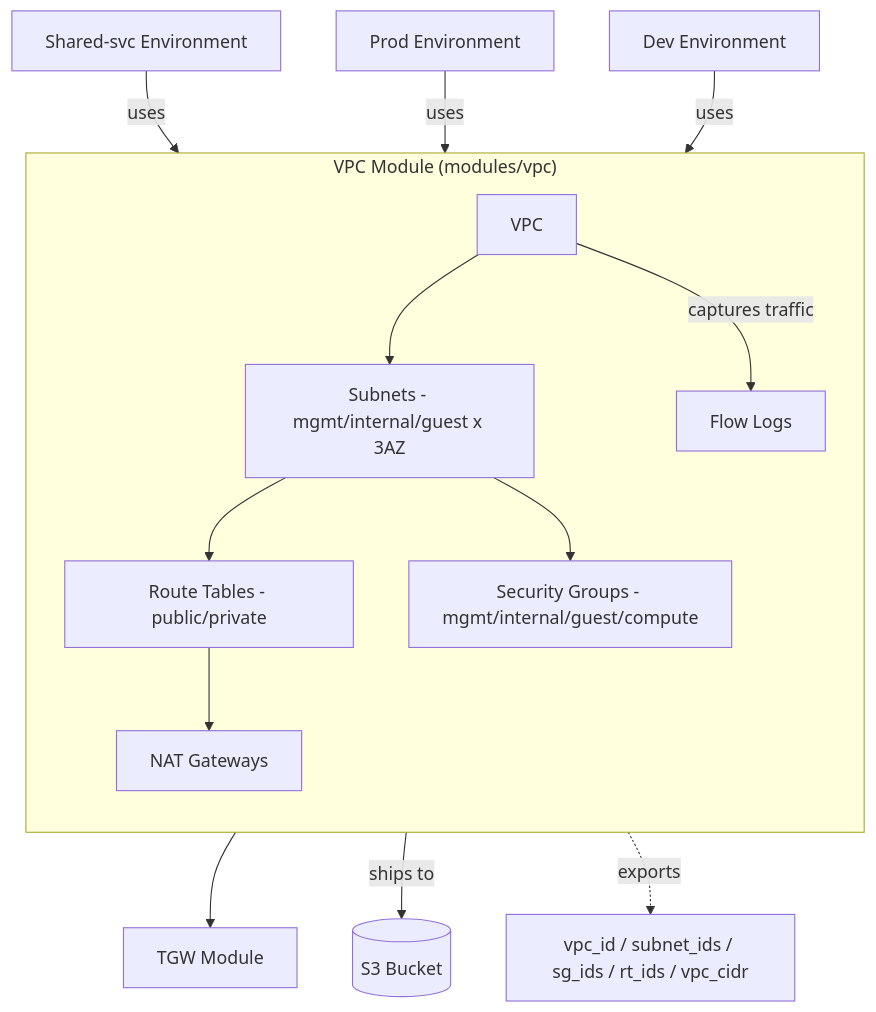
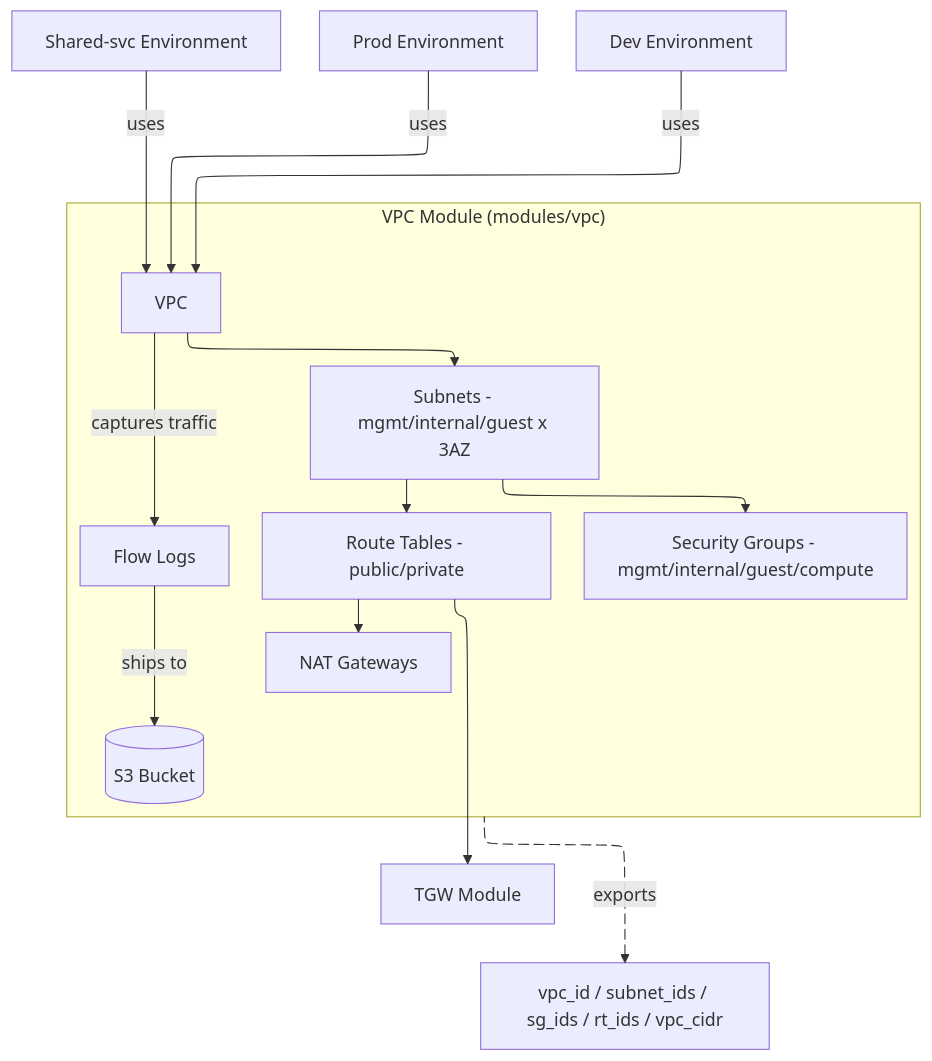
Before and after one commit to m3lcy/terraform-aws-vpc: the second of 3 diagrams in README.md, drawn with Mermaid. The commit also changed other lines of this file, not shown here.

````diff
--- a/README.md
+++ b/README.md
@@ -129,27 +129,34 @@
 ```mermaid
 ---
 config:
-  layout: fixed
+  layout: elk
 ---
 flowchart TB
  subgraph VPC_Module["VPC Module (modules/vpc)"]
     direction TB
         M1["VPC"]
         M2["Subnets - mgmt/internal/guest x 3AZ"]
         M3["Route Tables - public/private"]
         M4["Security Groups - mgmt/internal/guest/compute"]
         M5["NAT Gateways"]
         M6["Flow Logs"]
+        M7[("S3 Bucket")]
   end
     M1 --> M2
     M2 --> M3 & M4
     M3 --> M5 & n4["TGW Module"]
     M1 -- captures traffic --> M6
+    M6 -- ships to --> M7
     n1["Shared-svc Environment"] -- uses --> M1
     n2["Prod Environment"] -- uses --> M1
     n3["Dev Environment"] -- uses --> M1
-    VPC_Module -. exports .-> n5["vpc_id / subnet_ids / sg_ids / rt_ids / vpc_cidr"]
-    M6 -- ships to --> n6["S3 Bucket"]
+    VPC_Module L_VPC_Module_n5_0@-. exports .-> n5["vpc_id / subnet_ids / sg_ids / rt_ids / vpc_cidr"]
 
-    n6@{ shape: cyl}
+    n4@{ shape: rect}
+    n1@{ shape: rect}
+    n2@{ shape: rect}
+    n3@{ shape: rect}
+    n5@{ shape: rect}
+
+    L_VPC_Module_n5_0@{ animation: fast }
 ```
````
